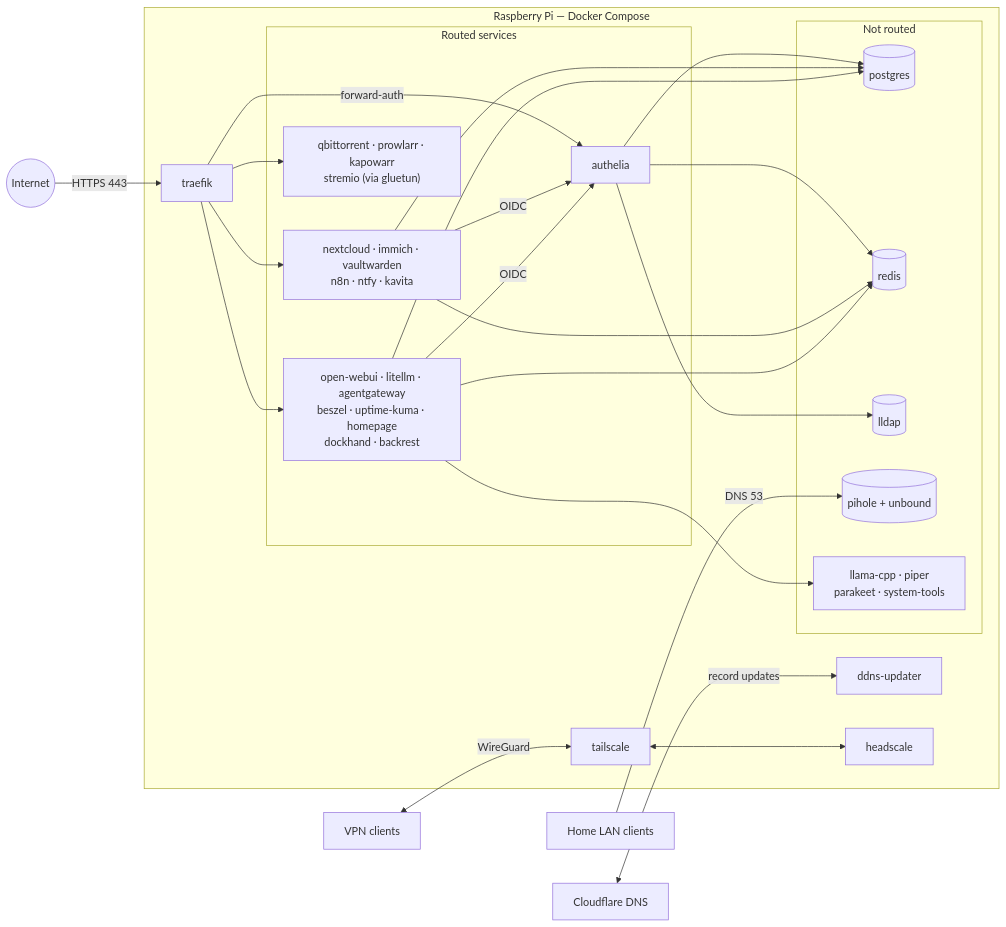
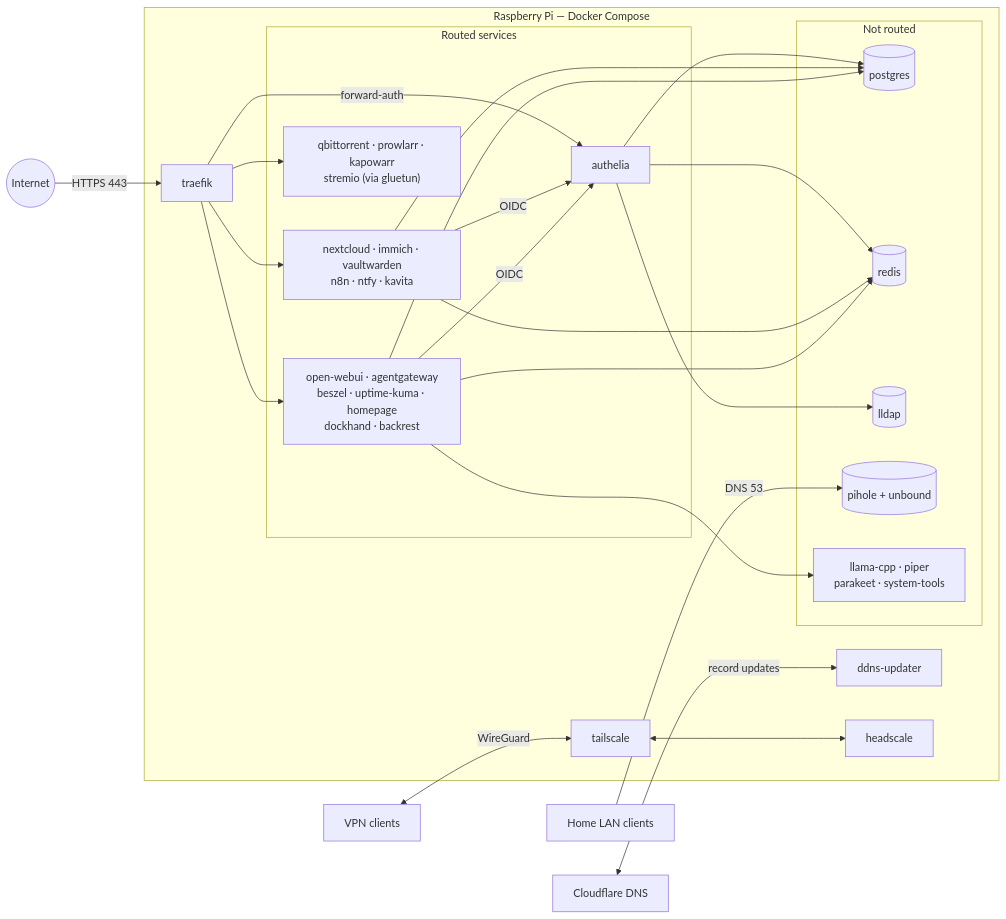
Before and after one commit to florianajir/pi-pcloud: the first of 2 diagrams in docs/ARCHITECTURE.md, drawn with Mermaid. The commit also changed other lines of this file and 27 other files, not shown here.

````diff
--- a/docs/ARCHITECTURE.md
+++ b/docs/ARCHITECTURE.md
@@ -7,41 +7,41 @@
 ```mermaid
 flowchart LR
   Internet((Internet))
   Cloudflare[Cloudflare DNS]
   LAN[Home LAN clients]
   VPN[VPN clients]
 
   subgraph Pi["Raspberry Pi — Docker Compose"]
     DDNS[ddns-updater]
     Traefik[traefik]
     Tailscale[tailscale]
     Headscale[headscale]
 
     subgraph Apps["Routed services"]
       A1["nextcloud · immich · vaultwarden\nn8n · ntfy · kavita"]
       A2["qbittorrent · prowlarr · kapowarr\nstremio (via gluetun)"]
-      A3["open-webui · litellm · agentgateway\nbeszel · uptime-kuma · homepage\ndockhand · backrest"]
+      A3["open-webui · agentgateway\nbeszel · uptime-kuma · homepage\ndockhand · backrest"]
       Authelia[authelia]
     end
 
     subgraph Internal["Not routed"]
       Postgres[(postgres)]
       Redis[(redis)]
       LLDAP[(lldap)]
       PiholeDNS[(pihole + unbound)]
       AI["llama-cpp · piper\nparakeet · system-tools"]
     end
   end
 
   Internet -->|HTTPS 443| Traefik
   Cloudflare <-->|record updates| DDNS
   Traefik --> A1 & A2 & A3
   Traefik -->|forward-auth| Authelia
   A1 & A3 -->|OIDC| Authelia
   Authelia --> LLDAP & Postgres & Redis
   A1 & A3 --> Postgres & Redis
   A3 --> AI
   LAN -->|DNS 53| PiholeDNS
   VPN <-->|WireGuard| Tailscale
   Tailscale <--> Headscale
 ```
````
